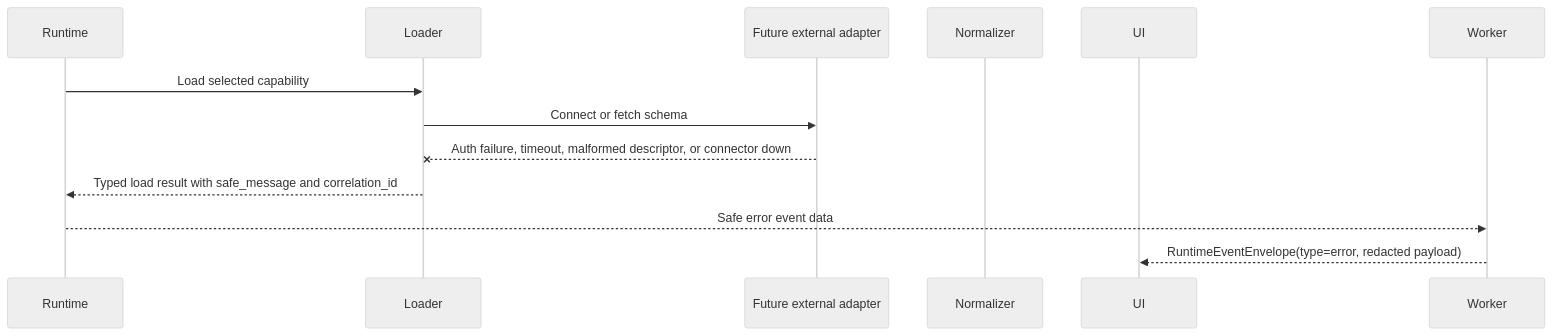
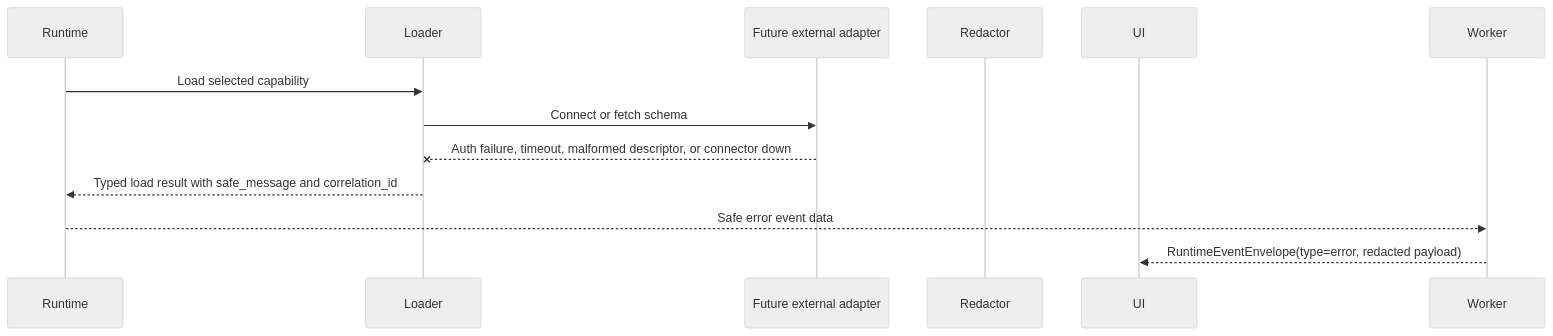
One commit to 0x-copilot-dev/0x-copilot changed the eighth of 8 diagrams in services/ai-backend/docs/architecture/data-flow.md. Above: the diagram before and after it, drawn with Mermaid (neutral theme). The commit also changed other lines of this file and 54 other files, not shown here.

First line of the commit message:
Clean up runtime architecture smells

````diff
--- a/services/ai-backend/docs/architecture/data-flow.md
+++ b/services/ai-backend/docs/architecture/data-flow.md
@@ -266,15 +270,15 @@
 ```mermaid
 sequenceDiagram
   participant Runtime
   participant Loader
   participant Adapter as Future external adapter
-  participant Normalizer
+  participant Redactor
   participant UI
 
   Runtime->>Loader: Load selected capability
   Loader->>Adapter: Connect or fetch schema
   Adapter--xLoader: Auth failure, timeout, malformed descriptor, or connector down
   Loader-->>Runtime: Typed load result with safe_message and correlation_id
   Runtime-->>Worker: Safe error event data
   Worker-->>UI: RuntimeEventEnvelope(type=error, redacted payload)
 ```
````
